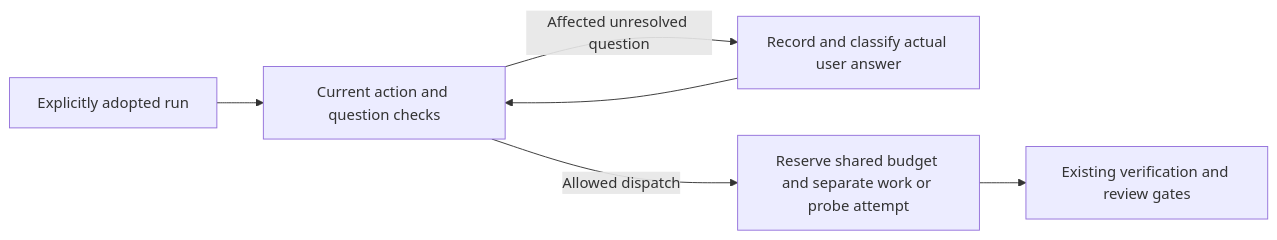
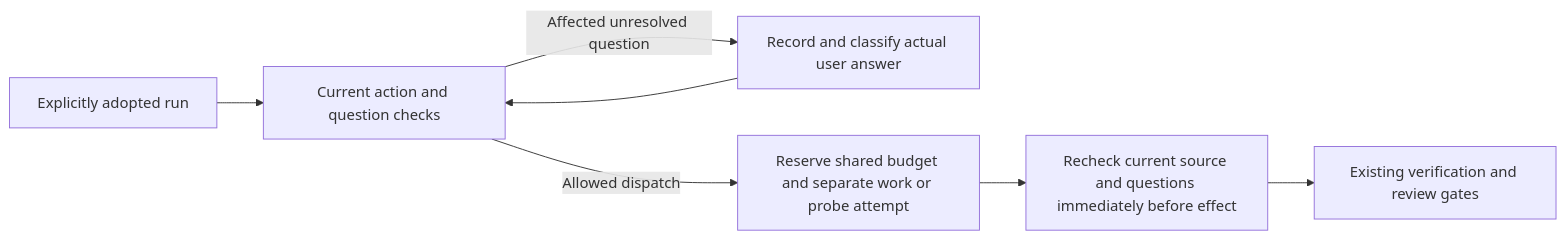
The fourth of 4 diagrams in skills/workflow/GUIDE.md (wgentil/devflow), drawn with Mermaid before and after one commit. The commit also changed 28 other files, not shown here.

````diff
--- a/skills/workflow/GUIDE.md
+++ b/skills/workflow/GUIDE.md
@@ -463,8 +463,9 @@
 ```mermaid
 flowchart LR
     Adopt[Explicitly adopted run] --> Check[Current action and question checks]
     Check -->|Affected unresolved question| Ask[Record and classify actual user answer]
     Ask --> Check
     Check -->|Allowed dispatch| Reserve[Reserve shared budget and separate work or probe attempt]
-    Reserve --> Existing[Existing verification and review gates]
+    Reserve --> Launch[Recheck current source and questions immediately before effect]
+    Launch --> Existing[Existing verification and review gates]
 ```
````
